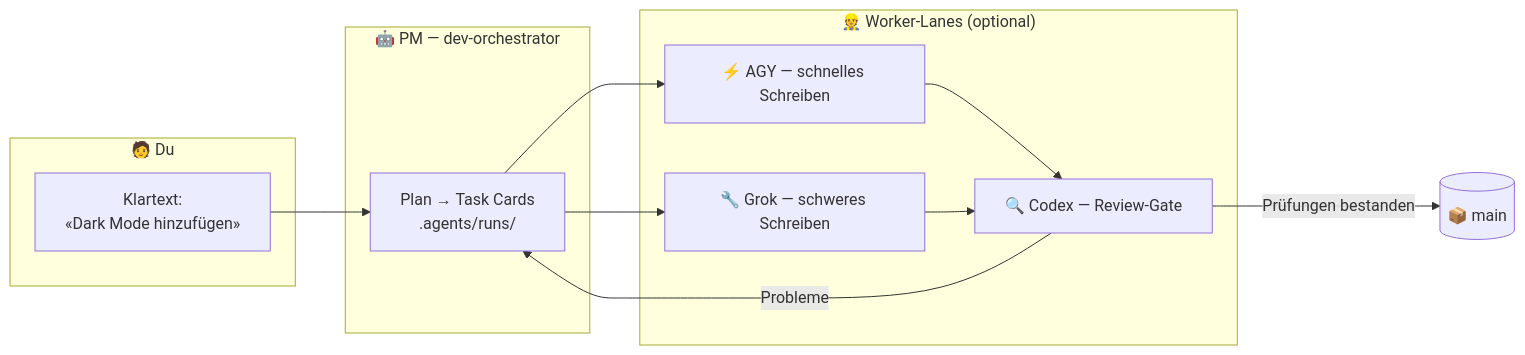
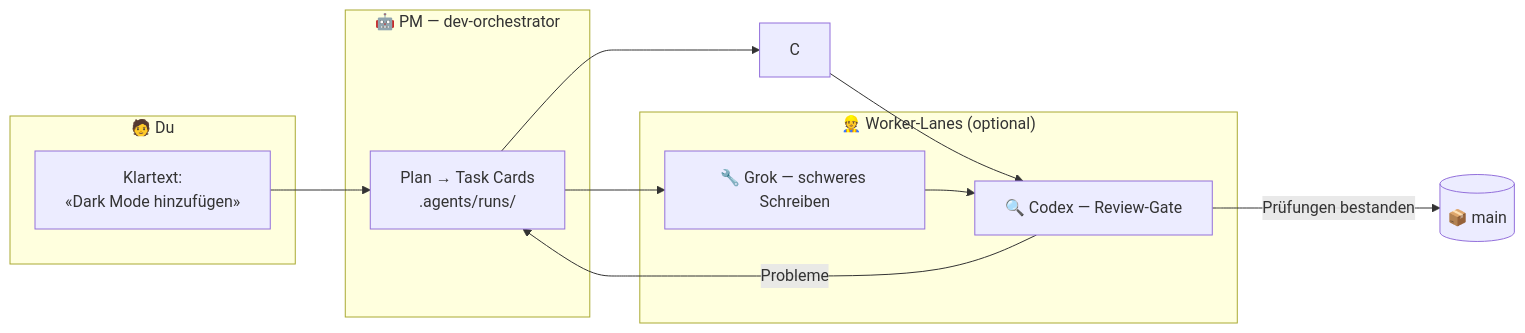
The diagram in README.de.md (VKirill/claude-lane-stack), drawn with Mermaid before and after one commit. The commit also changed other lines of this file and 57 other files, not shown here.

````diff
--- a/README.de.md
+++ b/README.de.md
@@ -92,19 +91,18 @@
 ```mermaid
 flowchart LR
     subgraph you ["🧑 Du"]
         A["Klartext:<br/>«Dark Mode hinzufügen»"]
     end
     subgraph pm ["🤖 PM — dev-orchestrator"]
         B["Plan → Task Cards<br/>.agents/runs/"]
     end
     subgraph lanes ["👷 Worker-Lanes (optional)"]
-        C["⚡ AGY — schnelles Schreiben"]
         D["🔧 Grok — schweres Schreiben"]
         E["🔍 Codex — Review-Gate"]
     end
     A --> B
     B --> C & D
     C & D --> E
     E -->|Prüfungen bestanden| F[("📦 main")]
     E -->|Probleme| B
 ```
````
